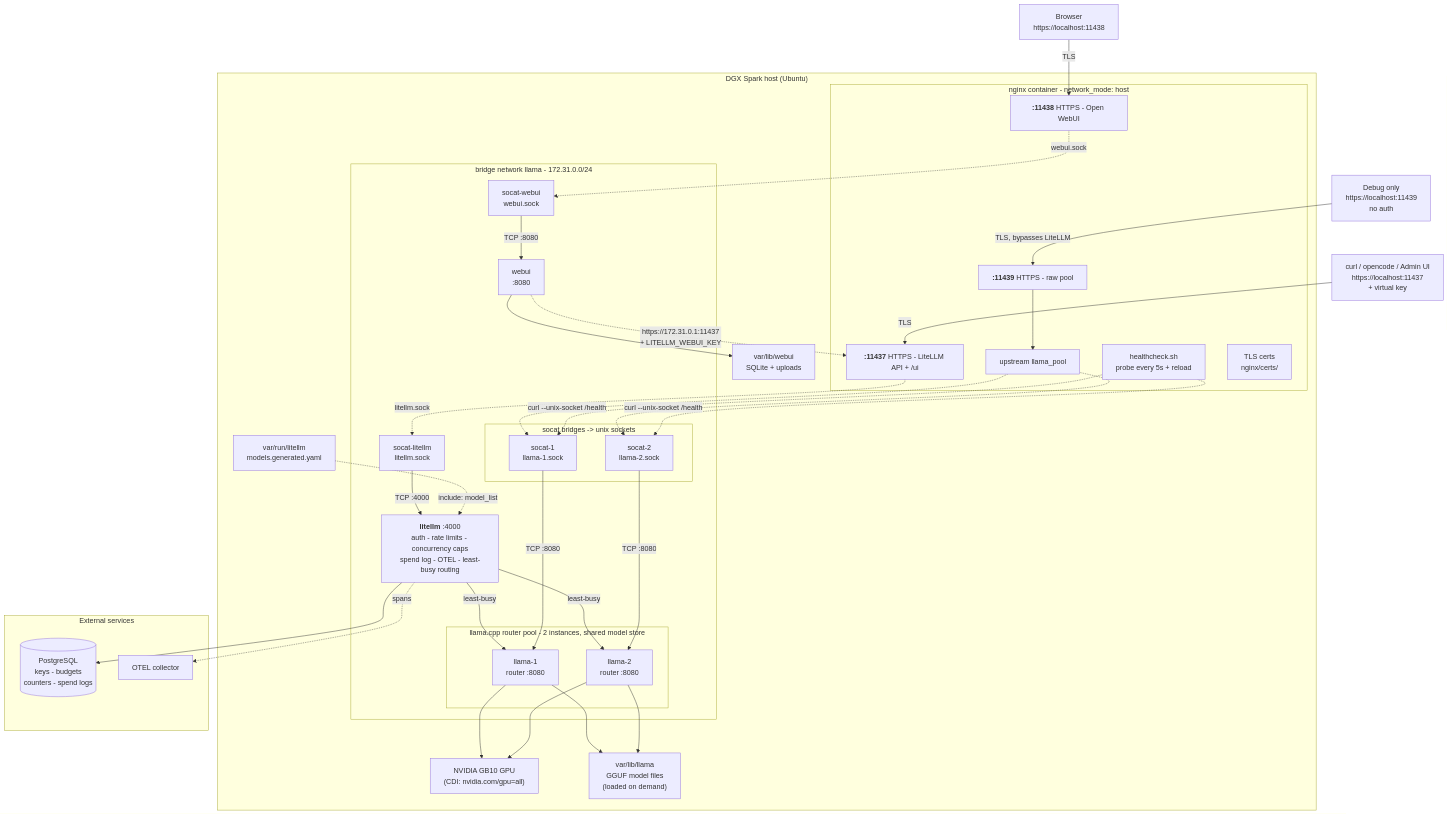
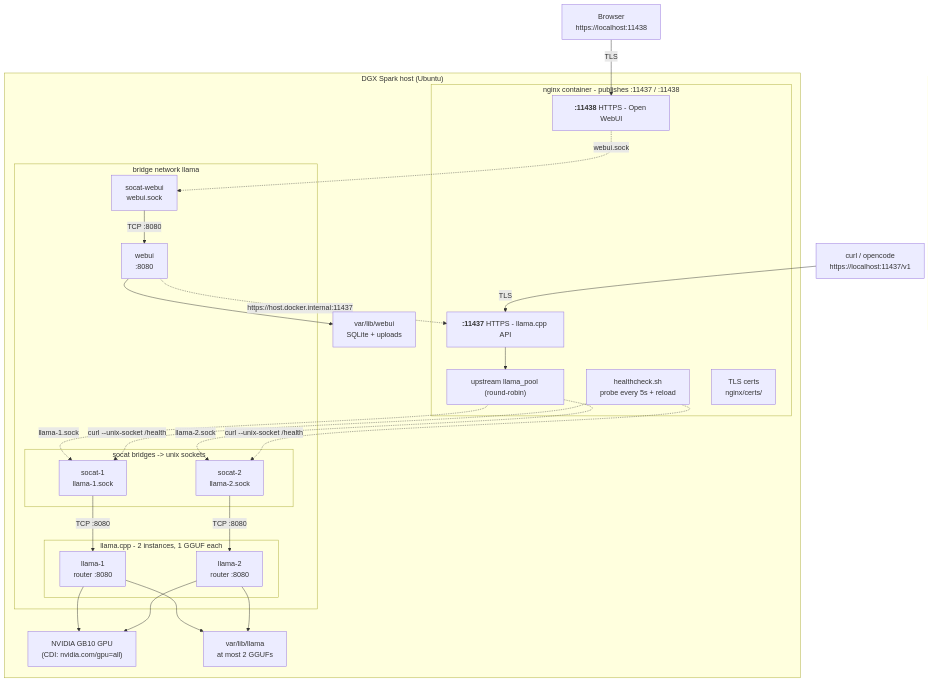
One commit to SpotDraft/llamacpp-serve changed the diagram in docs/diagrams/architecture.mmd. Above: the diagram before and after it, drawn with Mermaid. The commit also changed 28 other files, not shown here.

First line of the commit message:
Update configuration and documentation for LiteLLM integration

```diff
--- a/docs/diagrams/architecture.mmd
+++ b/docs/diagrams/architecture.mmd
@@ -1,68 +1,46 @@
 flowchart TD
-    CLI1["curl / opencode / Admin UI<br/>https://localhost:11437<br/>+ virtual key"]
+    CLI1["curl / opencode<br/>https://localhost:11437/v1"]
     CLI2["Browser<br/>https://localhost:11438"]
-    CLI3["Debug only<br/>https://localhost:11439<br/>no auth"]
 
     subgraph HOST["DGX Spark host (Ubuntu)"]
-        subgraph NGX["nginx container - network_mode: host"]
-            LS11437["<b>:11437</b> HTTPS - LiteLLM API + /ui"]
+        subgraph NGX["nginx container - publishes :11437 / :11438"]
+            LS11437["<b>:11437</b> HTTPS - llama.cpp API"]
             LS11438["<b>:11438</b> HTTPS - Open WebUI"]
-            LS11439["<b>:11439</b> HTTPS - raw pool"]
-            UP["upstream llama_pool"]
+            UP["upstream llama_pool (round-robin)"]
             HK["healthcheck.sh<br/>probe every 5s + reload"]
             CERTS["TLS certs<br/>nginx/certs/"]
         end
 
-        subgraph NET["bridge network llama - 172.31.0.0/24"]
-            SL["socat-litellm<br/>litellm.sock"]
-            LL["<b>litellm</b> :4000<br/>auth - rate limits - concurrency caps<br/>spend log - OTEL - least-busy routing"]
+        subgraph NET["bridge network llama"]
+            subgraph POOL["llama.cpp - 2 instances, 1 GGUF each"]
+                L1["llama-1<br/>router :8080"]
+                L2["llama-2<br/>router :8080"]
+            end
             subgraph SOC["socat bridges -> unix sockets"]
                 S1["socat-1<br/>llama-1.sock"]
                 S2["socat-2<br/>llama-2.sock"]
-            end
-            subgraph POOL["llama.cpp router pool - 2 instances, shared model store"]
-                L1["llama-1<br/>router :8080"]
-                L2["llama-2<br/>router :8080"]
             end
             W["webui<br/>:8080"]
             SW["socat-webui<br/>webui.sock"]
         end
 
         GPU["NVIDIA GB10 GPU<br/>(CDI: nvidia.com/gpu=all)"]
-        MODELS["var/lib/llama<br/>GGUF model files<br/>(loaded on demand)"]
-        GEN["var/run/litellm<br/>models.generated.yaml"]
+        MODELS["var/lib/llama<br/>at most 2 GGUFs"]
         DATA["var/lib/webui<br/>SQLite + uploads"]
-    end
-
-    subgraph EXT["External services"]
-        PG[("PostgreSQL<br/>keys - budgets<br/>counters - spend logs")]
-        OTEL["OTEL collector"]
     end
 
     CLI1 -->|TLS| LS11437
     CLI2 -->|TLS| LS11438
-    CLI3 -->|TLS, bypasses LiteLLM| LS11439
-
-    LS11437 -.->|litellm.sock| SL
-    SL -->|TCP :4000| LL
-    GEN -.->|include: model_list| LL
-    LL -->|least-busy| L1
-    LL -->|least-busy| L2
-    LL --> PG
-    LL -.->|spans| OTEL
-
+    LS11437 --> UP
+    UP -.->|llama-1.sock| S1
+    UP -.->|llama-2.sock| S2
     LS11438 -.->|webui.sock| SW
-    SW -->|TCP :8080| W
-    W -.->|https://172.31.0.1:11437<br/>+ LITELLM_WEBUI_KEY| LS11437
-    W --> DATA
-
-    LS11439 --> UP
-    UP -.-> S1
-    UP -.-> S2
     S1 -->|TCP :8080| L1
     S2 -->|TCP :8080| L2
+    SW -->|TCP :8080| W
+    W -.->|https://host.docker.internal:11437| LS11437
     HK -.->|curl --unix-socket /health| S1
     HK -.->|curl --unix-socket /health| S2
-
     L1 & L2 --> GPU
     L1 & L2 --> MODELS
+    W --> DATA
```
